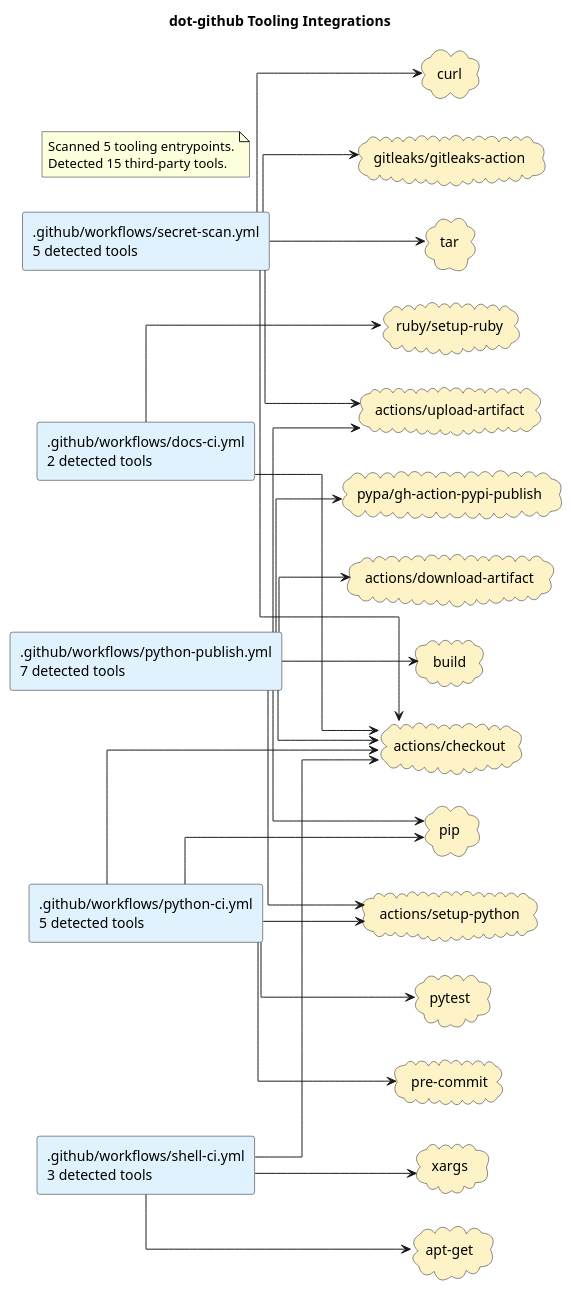
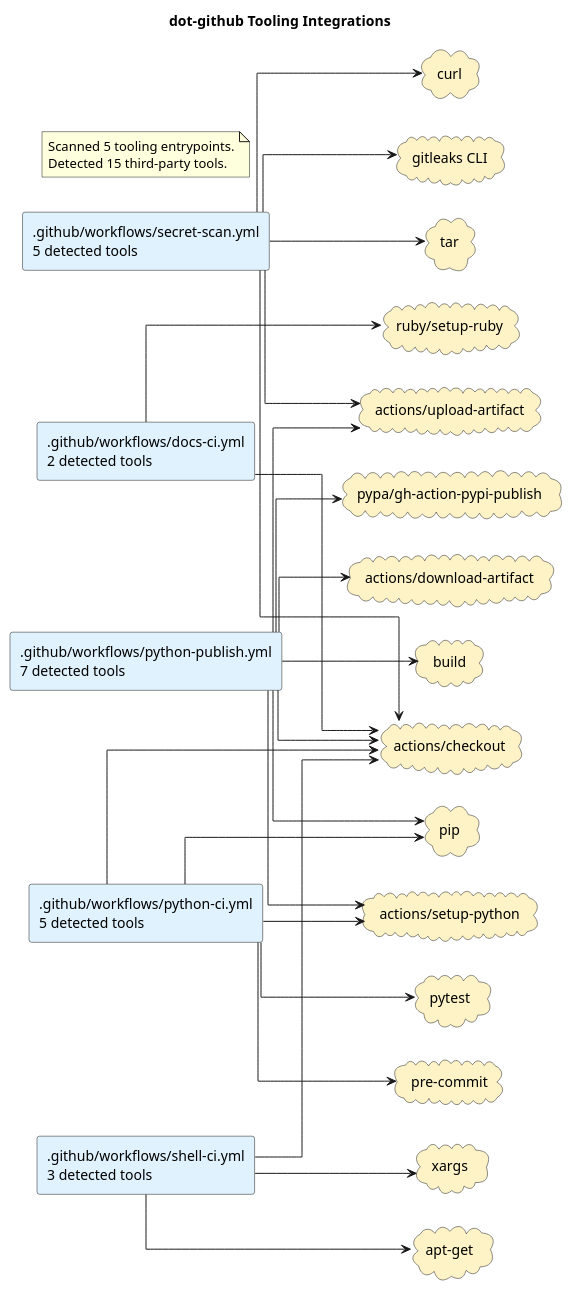
The diagram in docs/diagrams/tooling-integrations.puml (casonk/.github), drawn with PlantUML before and after one commit. The commit also changed 6 other files, not shown here.

```diff
--- a/docs/diagrams/tooling-integrations.puml
+++ b/docs/diagrams/tooling-integrations.puml
@@ -1,54 +1,54 @@
 @startuml
 title dot-github Tooling Integrations
 left to right direction
 skinparam shadowing false
 skinparam defaultFontName Monospace
 skinparam componentStyle rectangle
 skinparam linetype ortho
 rectangle ".github/workflows/docs-ci.yml\n2 detected tools" as source_github_workflows_docs_ci_yml #E0F2FE
 rectangle ".github/workflows/python-ci.yml\n5 detected tools" as source_github_workflows_python_ci_yml #E0F2FE
 rectangle ".github/workflows/python-publish.yml\n7 detected tools" as source_github_workflows_python_publish_yml #E0F2FE
 rectangle ".github/workflows/secret-scan.yml\n5 detected tools" as source_github_workflows_secret_scan_yml #E0F2FE
 rectangle ".github/workflows/shell-ci.yml\n3 detected tools" as source_github_workflows_shell_ci_yml #E0F2FE
 cloud "actions/checkout" as tool_actions_checkout #FEF3C7
 cloud "actions/download-artifact" as tool_actions_download_artifact #FEF3C7
 cloud "actions/setup-python" as tool_actions_setup_python #FEF3C7
 cloud "actions/upload-artifact" as tool_actions_upload_artifact #FEF3C7
 cloud "apt-get" as tool_apt_get #FEF3C7
 cloud "build" as tool_build #FEF3C7
 cloud "curl" as tool_curl #FEF3C7
-cloud "gitleaks/gitleaks-action" as tool_gitleaks_gitleaks_action #FEF3C7
+cloud "gitleaks CLI" as tool_gitleaks_cli #FEF3C7
 cloud "pip" as tool_pip #FEF3C7
 cloud "pre-commit" as tool_pre_commit #FEF3C7
 cloud "pypa/gh-action-pypi-publish" as tool_pypa_gh_action_pypi_publish #FEF3C7
 cloud "pytest" as tool_pytest #FEF3C7
 cloud "ruby/setup-ruby" as tool_ruby_setup_ruby #FEF3C7
 cloud "tar" as tool_tar #FEF3C7
 cloud "xargs" as tool_xargs #FEF3C7
 source_github_workflows_docs_ci_yml --> tool_actions_checkout
 source_github_workflows_docs_ci_yml --> tool_ruby_setup_ruby
 source_github_workflows_python_ci_yml --> tool_actions_checkout
 source_github_workflows_python_ci_yml --> tool_actions_setup_python
 source_github_workflows_python_ci_yml --> tool_pip
 source_github_workflows_python_ci_yml --> tool_pre_commit
 source_github_workflows_python_ci_yml --> tool_pytest
 source_github_workflows_python_publish_yml --> tool_actions_checkout
 source_github_workflows_python_publish_yml --> tool_actions_download_artifact
 source_github_workflows_python_publish_yml --> tool_actions_setup_python
 source_github_workflows_python_publish_yml --> tool_actions_upload_artifact
 source_github_workflows_python_publish_yml --> tool_build
 source_github_workflows_python_publish_yml --> tool_pip
 source_github_workflows_python_publish_yml --> tool_pypa_gh_action_pypi_publish
 source_github_workflows_secret_scan_yml --> tool_actions_checkout
 source_github_workflows_secret_scan_yml --> tool_actions_upload_artifact
 source_github_workflows_secret_scan_yml --> tool_curl
-source_github_workflows_secret_scan_yml --> tool_gitleaks_gitleaks_action
+source_github_workflows_secret_scan_yml --> tool_gitleaks_cli
 source_github_workflows_secret_scan_yml --> tool_tar
 source_github_workflows_shell_ci_yml --> tool_actions_checkout
 source_github_workflows_shell_ci_yml --> tool_apt_get
 source_github_workflows_shell_ci_yml --> tool_xargs
 note as toolingGraphSummary
 Scanned 5 tooling entrypoints.
 Detected 15 third-party tools.
 end note
 @enduml
```
